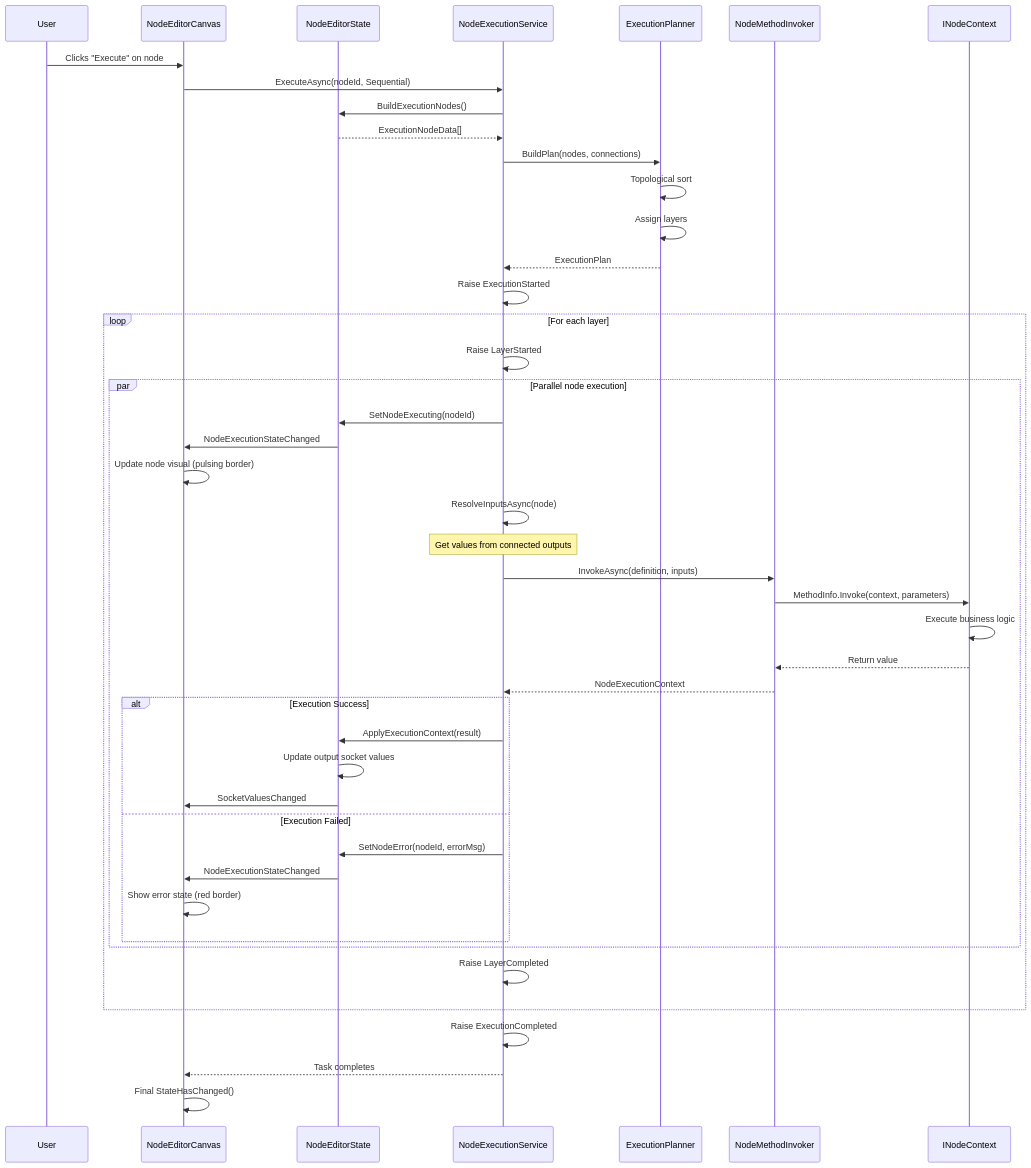
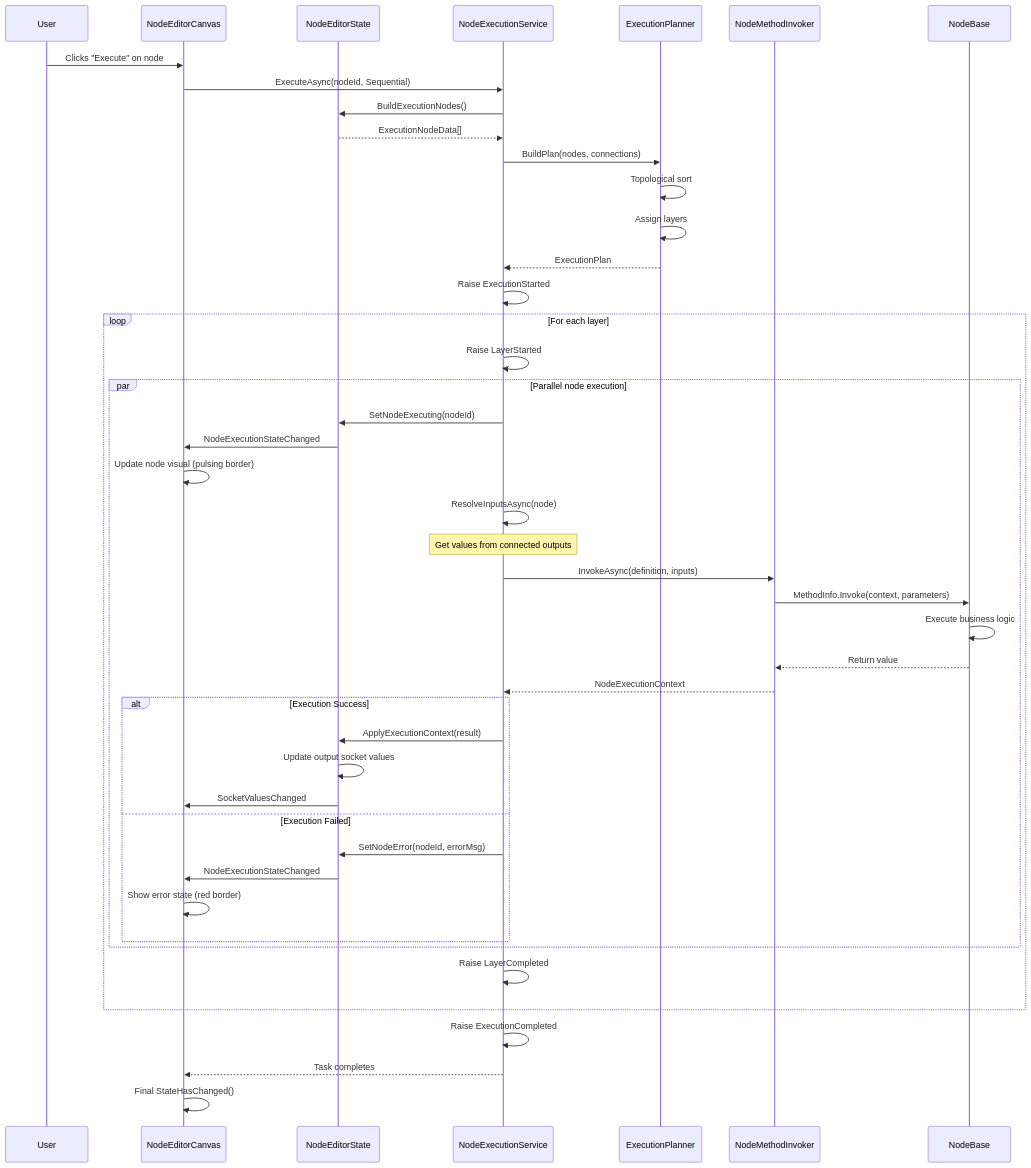
Before and after one commit to Johnny2x2/NodeEditor.Net: the ninth of 19 diagrams in NodeEditor.Blazor/docs/WiringAndEventFlow.md, drawn with Mermaid. The commit also changed other lines of this file and 20 other files, not shown here.

````diff
--- a/NodeEditor.Blazor/docs/WiringAndEventFlow.md
+++ b/NodeEditor.Blazor/docs/WiringAndEventFlow.md
@@ -445,58 +445,58 @@
 ```mermaid
 sequenceDiagram
     participant User
     participant Canvas as NodeEditorCanvas
     participant State as NodeEditorState
     participant ExecService as NodeExecutionService
     participant Planner as ExecutionPlanner
     participant Invoker as NodeMethodInvoker
-    participant Context as INodeContext
+    participant Context as NodeBase
     
     User->>Canvas: Clicks "Execute" on node
     Canvas->>ExecService: ExecuteAsync(nodeId, Sequential)
     
     ExecService->>State: BuildExecutionNodes()
     State-->>ExecService: ExecutionNodeData[]
     
     ExecService->>Planner: BuildPlan(nodes, connections)
     Planner->>Planner: Topological sort
     Planner->>Planner: Assign layers
     Planner-->>ExecService: ExecutionPlan
     
     ExecService->>ExecService: Raise ExecutionStarted
     
     loop For each layer
         ExecService->>ExecService: Raise LayerStarted
         
         par Parallel node execution
             ExecService->>State: SetNodeExecuting(nodeId)
             State->>Canvas: NodeExecutionStateChanged
             Canvas->>Canvas: Update node visual (pulsing border)
             
             ExecService->>ExecService: ResolveInputsAsync(node)
             Note over ExecService: Get values from connected outputs
             
             ExecService->>Invoker: InvokeAsync(definition, inputs)
             Invoker->>Context: MethodInfo.Invoke(context, parameters)
             Context->>Context: Execute business logic
             Context-->>Invoker: Return value
             Invoker-->>ExecService: NodeExecutionContext
             
             alt Execution Success
                 ExecService->>State: ApplyExecutionContext(result)
                 State->>State: Update output socket values
                 State->>Canvas: SocketValuesChanged
             else Execution Failed
                 ExecService->>State: SetNodeError(nodeId, errorMsg)
                 State->>Canvas: NodeExecutionStateChanged
                 Canvas->>Canvas: Show error state (red border)
             end
         end
         
         ExecService->>ExecService: Raise LayerCompleted
     end
     
     ExecService->>ExecService: Raise ExecutionCompleted
     ExecService-->>Canvas: Task completes
     Canvas->>Canvas: Final StateHasChanged()
 ```
````
